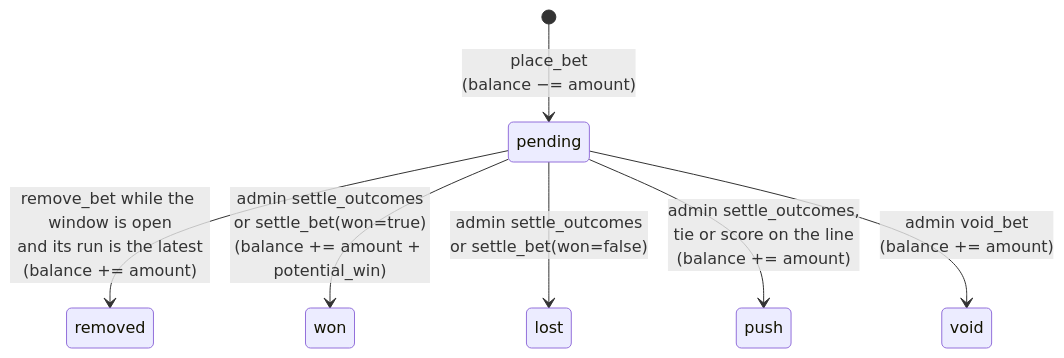
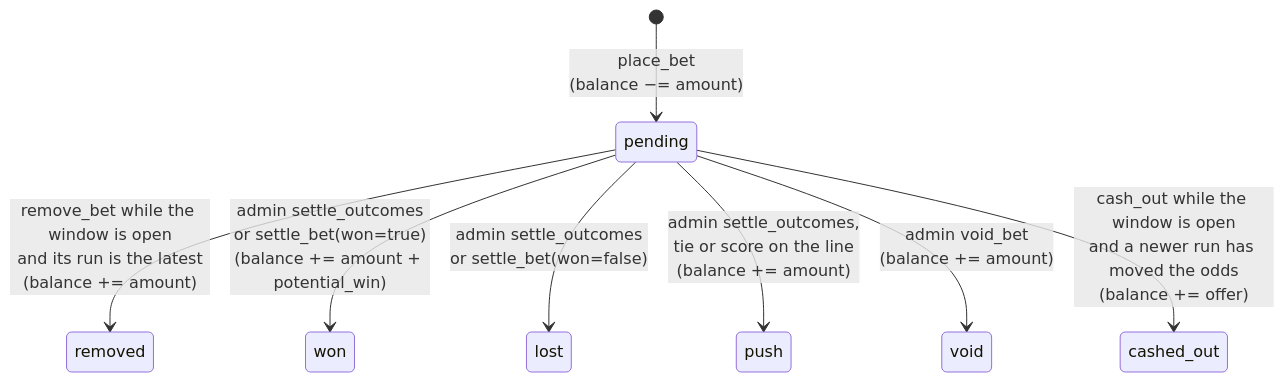
The second of 3 diagrams in docs/architecture/06-betting-lifecycle.md (sfaizi24/TNCasino), drawn with Mermaid before and after one commit. The commit also changed other lines of this file and 2 other files, not shown here.

First line of the commit message:
Document cash-out: the offer, the refusals, the accounting and the new columns

````diff
--- a/docs/architecture/06-betting-lifecycle.md
+++ b/docs/architecture/06-betting-lifecycle.md
@@ -39,9 +39,10 @@
 ```mermaid
 stateDiagram-v2
     [*] --> pending: place_bet<br/>(balance −= amount)
     pending --> removed: remove_bet while the window is open<br/>and its run is the latest<br/>(balance += amount)
     pending --> won: admin settle_outcomes<br/>or settle_bet(won=true)<br/>(balance += amount + potential_win)
     pending --> lost: admin settle_outcomes<br/>or settle_bet(won=false)
     pending --> push: admin settle_outcomes,<br/>tie or score on the line<br/>(balance += amount)
     pending --> void: admin void_bet<br/>(balance += amount)
+    pending --> cashed_out: cash_out while the window is open<br/>and a newer run has moved the odds<br/>(balance += offer)
 ```
````
